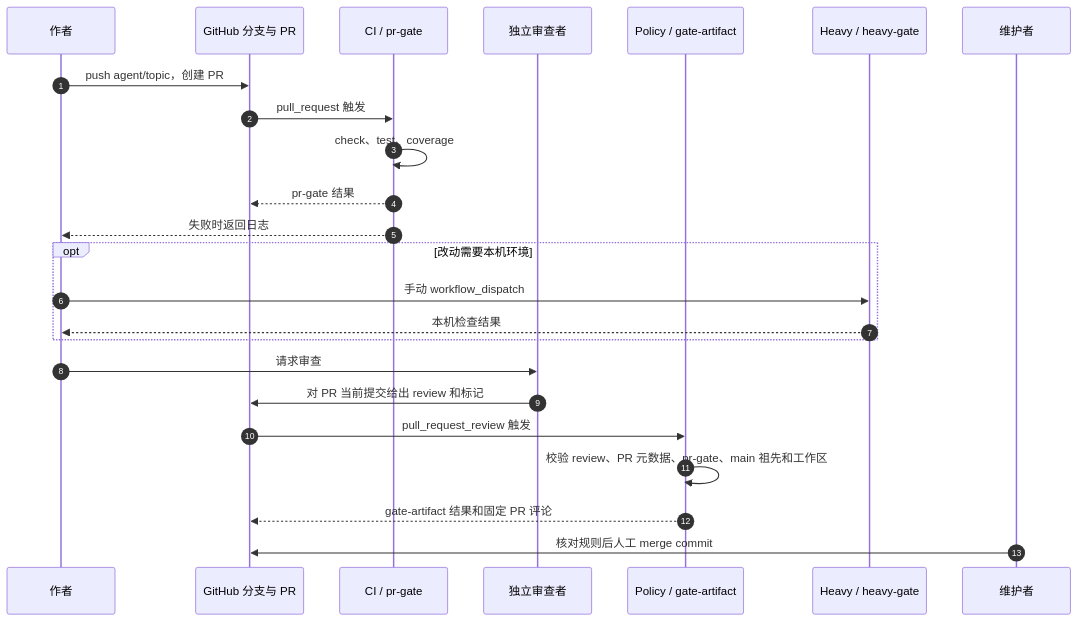
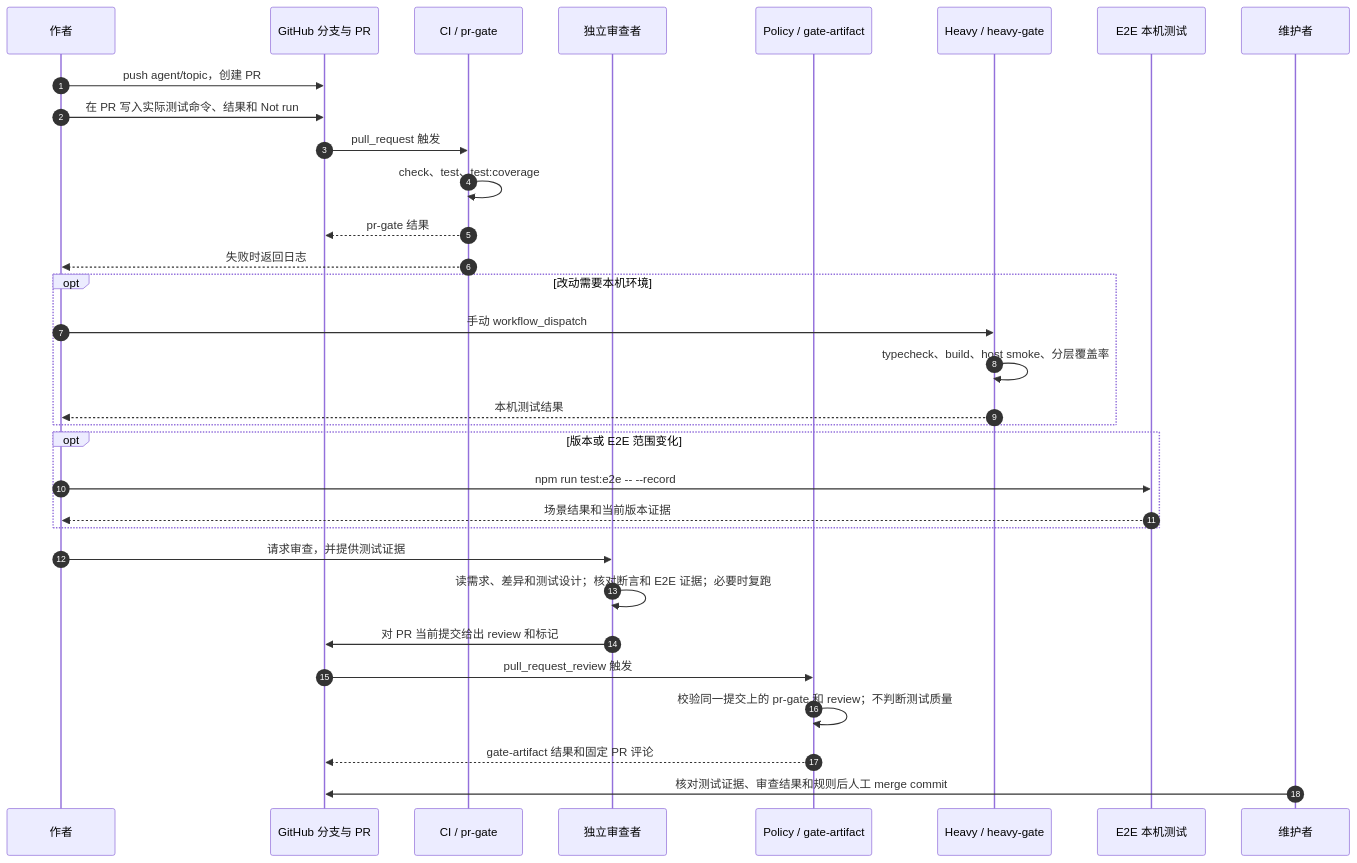
Before and after one commit to leigangzhang/dsh-cowork: the second of 4 diagrams in docs/github-workflow.md, drawn with Mermaid. The commit also changed other lines of this file and 2 other files, not shown here.

````diff
--- a/docs/github-workflow.md
+++ b/docs/github-workflow.md
@@ -72,27 +85,35 @@
 ```mermaid
 sequenceDiagram
   autonumber
   participant A as 作者
   participant G as GitHub 分支与 PR
   participant C as CI / pr-gate
   participant R as 独立审查者
   participant P as Policy / gate-artifact
   participant H as Heavy / heavy-gate
+  participant E as E2E 本机测试
   participant M as 维护者
 
   A->>G: push agent/topic，创建 PR
+  A->>G: 在 PR 写入实际测试命令、结果和 Not run
   G->>C: pull_request 触发
-  C->>C: check、test、coverage
+  C->>C: check、test、test:coverage
   C-->>G: pr-gate 结果
   C-->>A: 失败时返回日志
   opt 改动需要本机环境
     A->>H: 手动 workflow_dispatch
-    H-->>A: 本机检查结果
+    H->>H: typecheck、build、host smoke、分层覆盖率
+    H-->>A: 本机测试结果
   end
-  A->>R: 请求审查
+  opt 版本或 E2E 范围变化
+    A->>E: npm run test:e2e -- --record
+    E-->>A: 场景结果和当前版本证据
+  end
+  A->>R: 请求审查，并提供测试证据
+  R->>R: 读需求、差异和测试设计；核对断言和 E2E 证据；必要时复跑
   R->>G: 对 PR 当前提交给出 review 和标记
   G->>P: pull_request_review 触发
-  P->>P: 校验 review、PR 元数据、pr-gate、main 祖先和工作区
+  P->>P: 校验同一提交上的 pr-gate 和 review；不判断测试质量
   P-->>G: gate-artifact 结果和固定 PR 评论
-  M->>G: 核对规则后人工 merge commit
+  M->>G: 核对测试证据、审查结果和规则后人工 merge commit
 ```
````
